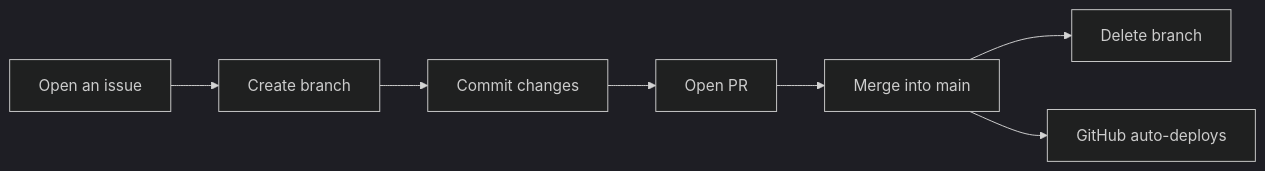
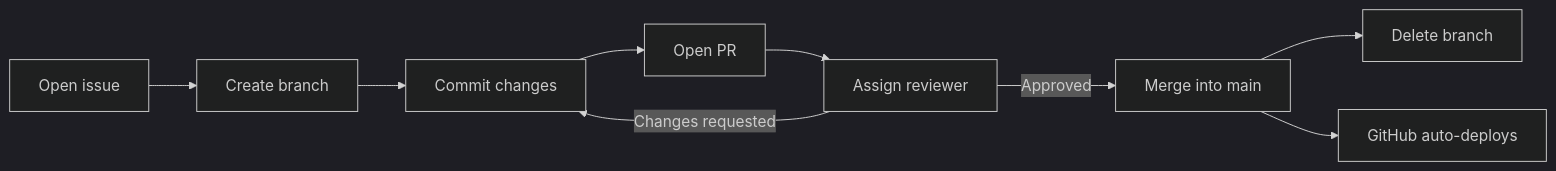
Before and after one commit to sjsugamedev/sjsugamedev.github.io: the diagram in CONTRIBUTING.md, drawn with Mermaid (dark theme).

Commit message:
chore: add review step to workflow diagram

````diff
--- a/CONTRIBUTING.md
+++ b/CONTRIBUTING.md
@@ -8,9 +8,11 @@
 ```mermaid
 flowchart LR
-    A[Open an issue] --> B[Create branch]
+    A[Open issue] --> B[Create branch]
     B --> C[Commit changes]
     C --> D[Open PR]
-    D --> E[Merge into main]
+    D --> H[Assign reviewer]
+    H --> |Changes requested| C
+    H --> |Approved| E[Merge into main]
     E --> F[Delete branch]
     E --> G[GitHub auto-deploys]
 ```
````
